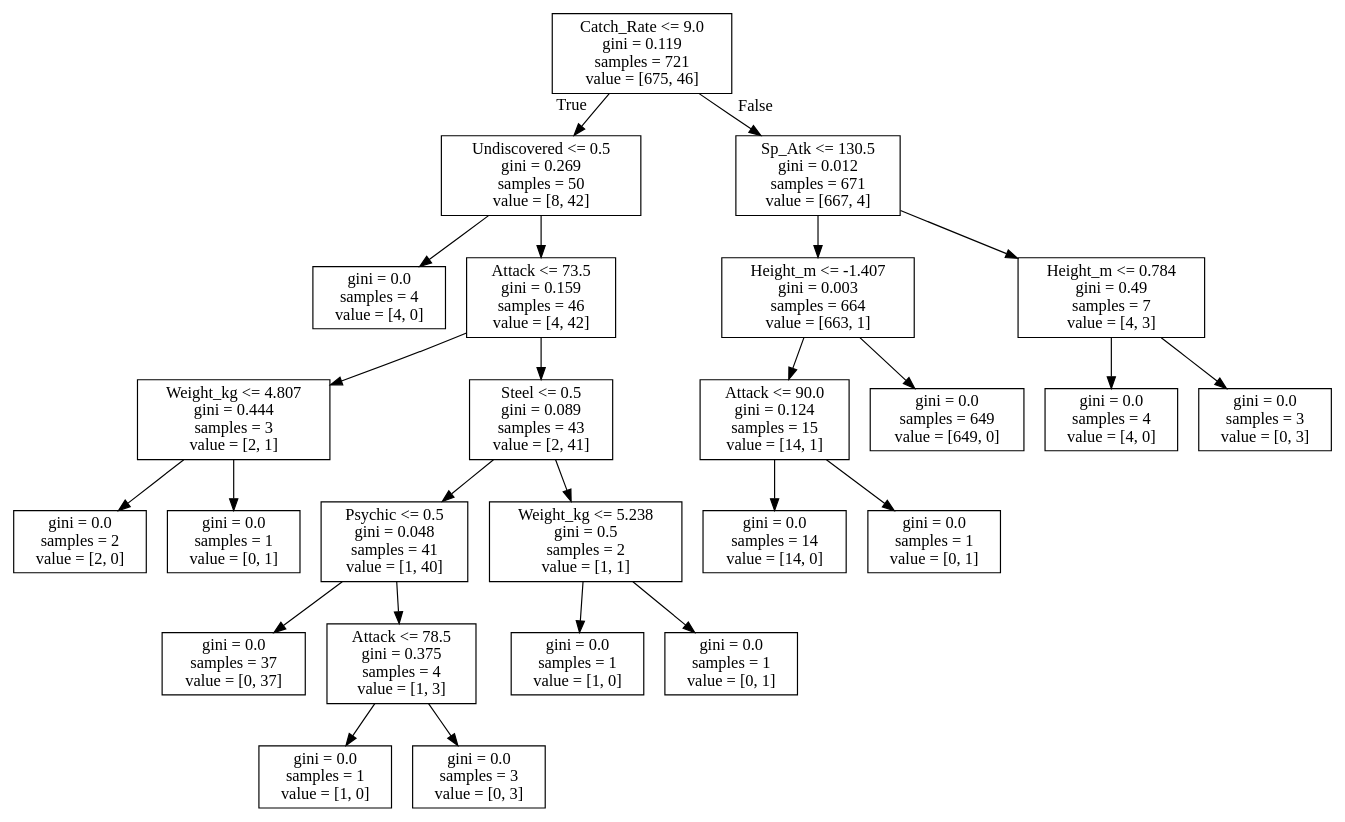
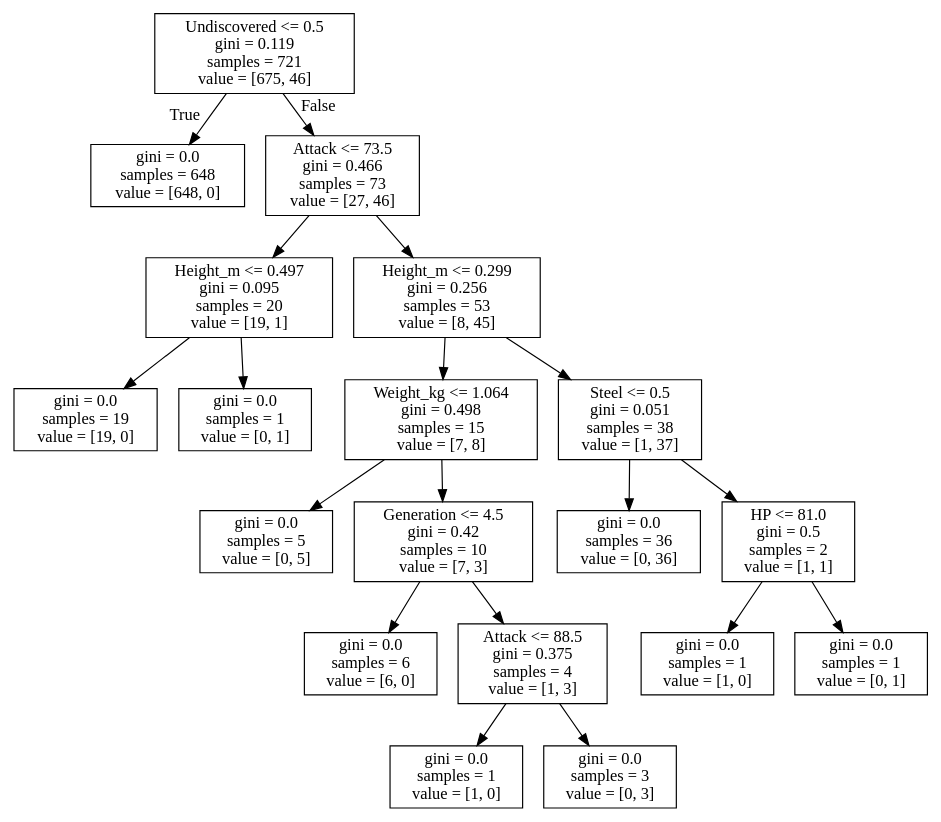
One commit to ChristianHinge/Machine changed the diagram in Scripts/tree_Legendary.dot. Above: the diagram before and after it, drawn with Graphviz. The commit also changed 5 other files, not shown here.

Commit message:
Classificcation without Catch Rate

```diff
--- a/Scripts/tree_Legendary.dot
+++ b/Scripts/tree_Legendary.dot
@@ -1,52 +1,40 @@
 digraph Tree {
 node [shape=box] ;
-0 [label="Catch_Rate <= 9.0\ngini = 0.119\nsamples = 721\nvalue = [675, 46]"] ;
-1 [label="Undiscovered <= 0.5\ngini = 0.269\nsamples = 50\nvalue = [8, 42]"] ;
+0 [label="Undiscovered <= 0.5\ngini = 0.119\nsamples = 721\nvalue = [675, 46]"] ;
+1 [label="gini = 0.0\nsamples = 648\nvalue = [648, 0]"] ;
 0 -> 1 [labeldistance=2.5, labelangle=45, headlabel="True"] ;
-2 [label="gini = 0.0\nsamples = 4\nvalue = [4, 0]"] ;
-1 -> 2 ;
-3 [label="Attack <= 73.5\ngini = 0.159\nsamples = 46\nvalue = [4, 42]"] ;
-1 -> 3 ;
-4 [label="Weight_kg <= 4.807\ngini = 0.444\nsamples = 3\nvalue = [2, 1]"] ;
+2 [label="Attack <= 73.5\ngini = 0.466\nsamples = 73\nvalue = [27, 46]"] ;
+0 -> 2 [labeldistance=2.5, labelangle=-45, headlabel="False"] ;
+3 [label="Height_m <= 0.497\ngini = 0.095\nsamples = 20\nvalue = [19, 1]"] ;
+2 -> 3 ;
+4 [label="gini = 0.0\nsamples = 19\nvalue = [19, 0]"] ;
 3 -> 4 ;
-5 [label="gini = 0.0\nsamples = 2\nvalue = [2, 0]"] ;
-4 -> 5 ;
-6 [label="gini = 0.0\nsamples = 1\nvalue = [0, 1]"] ;
-4 -> 6 ;
-7 [label="Steel <= 0.5\ngini = 0.089\nsamples = 43\nvalue = [2, 41]"] ;
-3 -> 7 ;
-8 [label="Psychic <= 0.5\ngini = 0.048\nsamples = 41\nvalue = [1, 40]"] ;
+5 [label="gini = 0.0\nsamples = 1\nvalue = [0, 1]"] ;
+3 -> 5 ;
+6 [label="Height_m <= 0.299\ngini = 0.256\nsamples = 53\nvalue = [8, 45]"] ;
+2 -> 6 ;
+7 [label="Weight_kg <= 1.064\ngini = 0.498\nsamples = 15\nvalue = [7, 8]"] ;
+6 -> 7 ;
+8 [label="gini = 0.0\nsamples = 5\nvalue = [0, 5]"] ;
 7 -> 8 ;
-9 [label="gini = 0.0\nsamples = 37\nvalue = [0, 37]"] ;
-8 -> 9 ;
-10 [label="Attack <= 78.5\ngini = 0.375\nsamples = 4\nvalue = [1, 3]"] ;
-8 -> 10 ;
-11 [label="gini = 0.0\nsamples = 1\nvalue = [1, 0]"] ;
-10 -> 11 ;
-12 [label="gini = 0.0\nsamples = 3\nvalue = [0, 3]"] ;
-10 -> 12 ;
-13 [label="Weight_kg <= 5.238\ngini = 0.5\nsamples = 2\nvalue = [1, 1]"] ;
-7 -> 13 ;
-14 [label="gini = 0.0\nsamples = 1\nvalue = [1, 0]"] ;
-13 -> 14 ;
-15 [label="gini = 0.0\nsamples = 1\nvalue = [0, 1]"] ;
-13 -> 15 ;
-16 [label="Sp_Atk <= 130.5\ngini = 0.012\nsamples = 671\nvalue = [667, 4]"] ;
-0 -> 16 [labeldistance=2.5, labelangle=-45, headlabel="False"] ;
-17 [label="Height_m <= -1.407\ngini = 0.003\nsamples = 664\nvalue = [663, 1]"] ;
+9 [label="Generation <= 4.5\ngini = 0.42\nsamples = 10\nvalue = [7, 3]"] ;
+7 -> 9 ;
+10 [label="gini = 0.0\nsamples = 6\nvalue = [6, 0]"] ;
+9 -> 10 ;
+11 [label="Attack <= 88.5\ngini = 0.375\nsamples = 4\nvalue = [1, 3]"] ;
+9 -> 11 ;
+12 [label="gini = 0.0\nsamples = 1\nvalue = [1, 0]"] ;
+11 -> 12 ;
+13 [label="gini = 0.0\nsamples = 3\nvalue = [0, 3]"] ;
+11 -> 13 ;
+14 [label="Steel <= 0.5\ngini = 0.051\nsamples = 38\nvalue = [1, 37]"] ;
+6 -> 14 ;
+15 [label="gini = 0.0\nsamples = 36\nvalue = [0, 36]"] ;
+14 -> 15 ;
+16 [label="HP <= 81.0\ngini = 0.5\nsamples = 2\nvalue = [1, 1]"] ;
+14 -> 16 ;
+17 [label="gini = 0.0\nsamples = 1\nvalue = [1, 0]"] ;
 16 -> 17 ;
-18 [label="Attack <= 90.0\ngini = 0.124\nsamples = 15\nvalue = [14, 1]"] ;
-17 -> 18 ;
-19 [label="gini = 0.0\nsamples = 14\nvalue = [14, 0]"] ;
-18 -> 19 ;
-20 [label="gini = 0.0\nsamples = 1\nvalue = [0, 1]"] ;
-18 -> 20 ;
-21 [label="gini = 0.0\nsamples = 649\nvalue = [649, 0]"] ;
-17 -> 21 ;
-22 [label="Height_m <= 0.784\ngini = 0.49\nsamples = 7\nvalue = [4, 3]"] ;
-16 -> 22 ;
-23 [label="gini = 0.0\nsamples = 4\nvalue = [4, 0]"] ;
-22 -> 23 ;
-24 [label="gini = 0.0\nsamples = 3\nvalue = [0, 3]"] ;
-22 -> 24 ;
+18 [label="gini = 0.0\nsamples = 1\nvalue = [0, 1]"] ;
+16 -> 18 ;
 }
```
